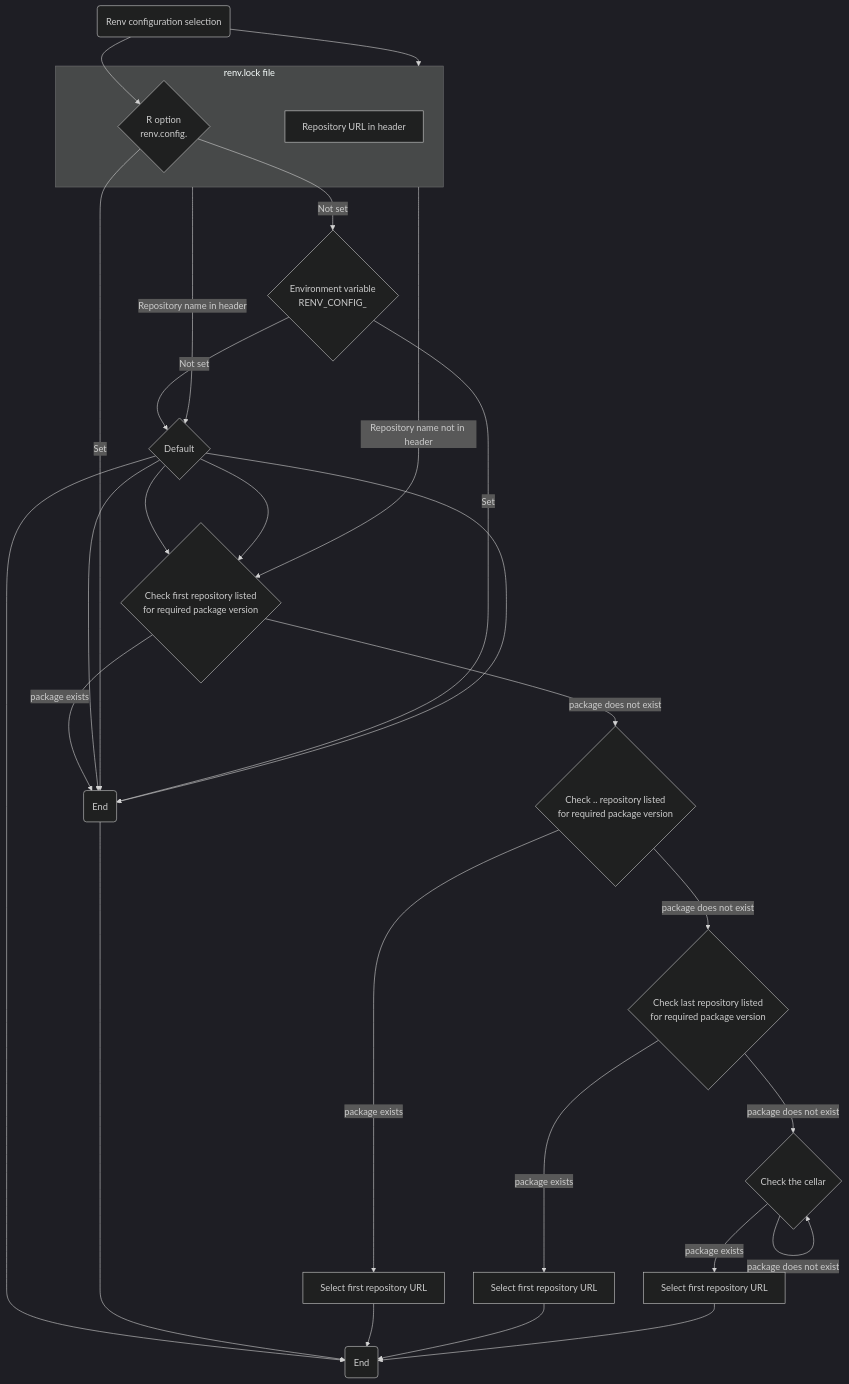
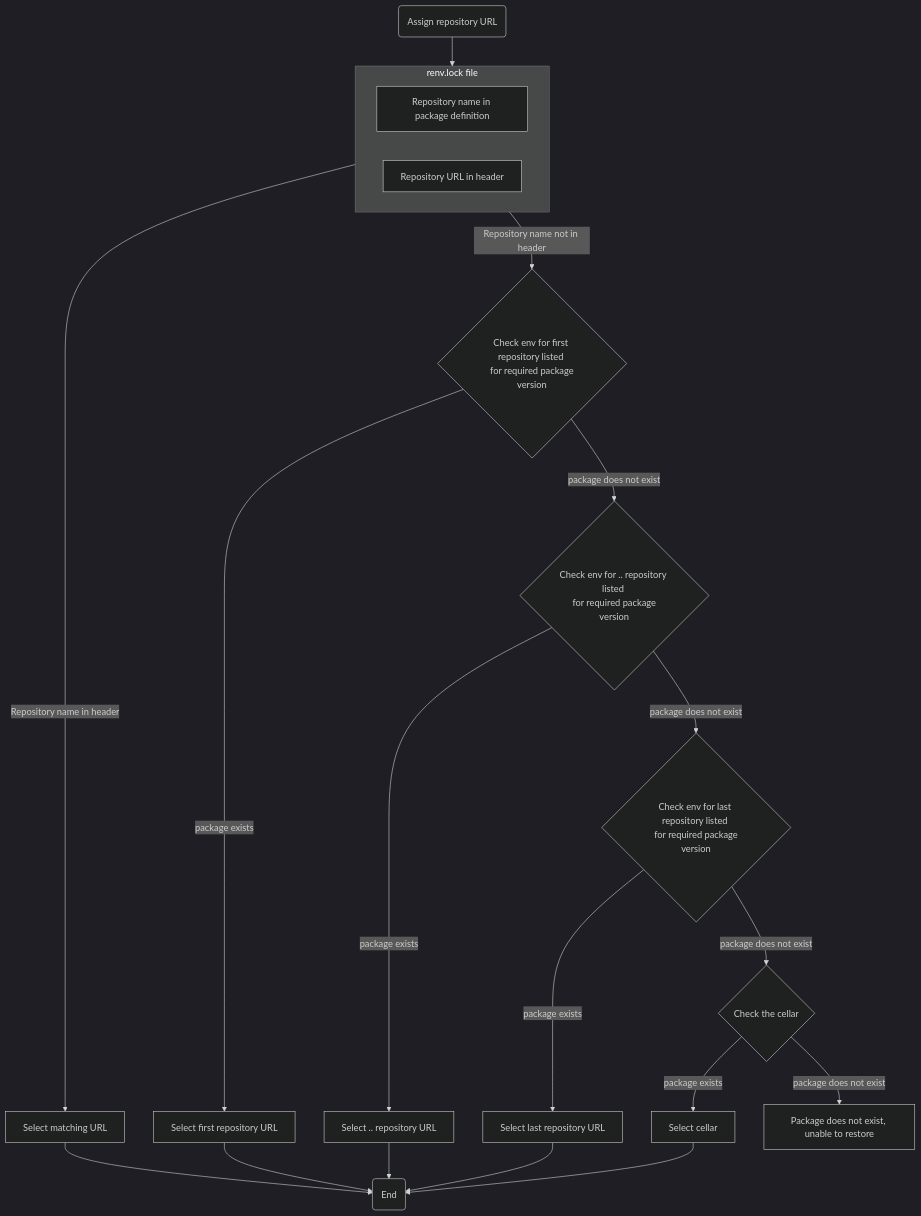
One commit to leesahanders/demo_renv changed the second of 3 diagrams in writeups/writeup_debugging_renv.qmd. Above: the diagram before and after it, drawn with Mermaid (dark theme). The commit also changed other lines of this file and 1 other file, not shown here.

````diff
--- a/writeups/writeup_debugging_renv.qmd
+++ b/writeups/writeup_debugging_renv.qmd
@@ -284,46 +284,33 @@
 ```{mermaid}
 graph TD;
     A(Assign repository URL) -->lock; 
     
     subgraph lock[renv.lock file]
     B[Repository name in package definition]
     c[Repository URL in header]
     end
     
     lock -- Repository name in header -->D;
     D[Select matching URL] -->END;
     lock -- Repository name not in header -->E;
     
-    E{Check first repository listed <br> for required package version} -- package exists -->F;
+    E{Check env for first repository listed <br> for required package version} -- package exists -->F;
     F[Select first repository URL] -->END; 
     E -- package does not exist -->G;
 
-    G{Check .. repository listed <br> for required package version} -- package exists -->H;
-    H[Select first repository URL] -->END; 
+    G{Check env for .. repository listed <br> for required package version} -- package exists -->H;
+    H[Select .. repository URL] -->END; 
     G -- package does not exist -->I;
     
-    I{Check last repository listed <br> for required package version} -- package exists -->J;
-    J[Select first repository URL] -->END; 
+    I{Check env for last repository listed <br> for required package version} -- package exists -->J;
+    J[Select last repository URL] -->END; 
     I -- package does not exist -->K;
     
     K{Check the cellar} -- package exists -->L;
-    L[Select first repository URL] -->END; 
-    K -- package does not exist -->K;    
+    L[Select cellar] -->END; 
+    K -- package does not exist -->M;    
     
+    M[Package does not exist, unable to restore]
     
     END(End)
-    
-    
-    D{Repository name in header} --> E;
-    D{Repository name in header} --> E;
-    D{Default} -->F;
-    END(End)
-
-    A(Renv configuration selection) -->B;
-    B{R option <br/> renv.config.<name>} -- Not set -->C;
-    B{R option <br/> renv.config.<name>} -- Set -->F;
-    C{Environment variable <br/> RENV_CONFIG_<NAME>} -- Not set -->D;
-    C{Environment variable <br/> RENV_CONFIG_<NAME>} -- Set -->F;
-    D{Default} -->F;
-    F(End)
 ```
````
